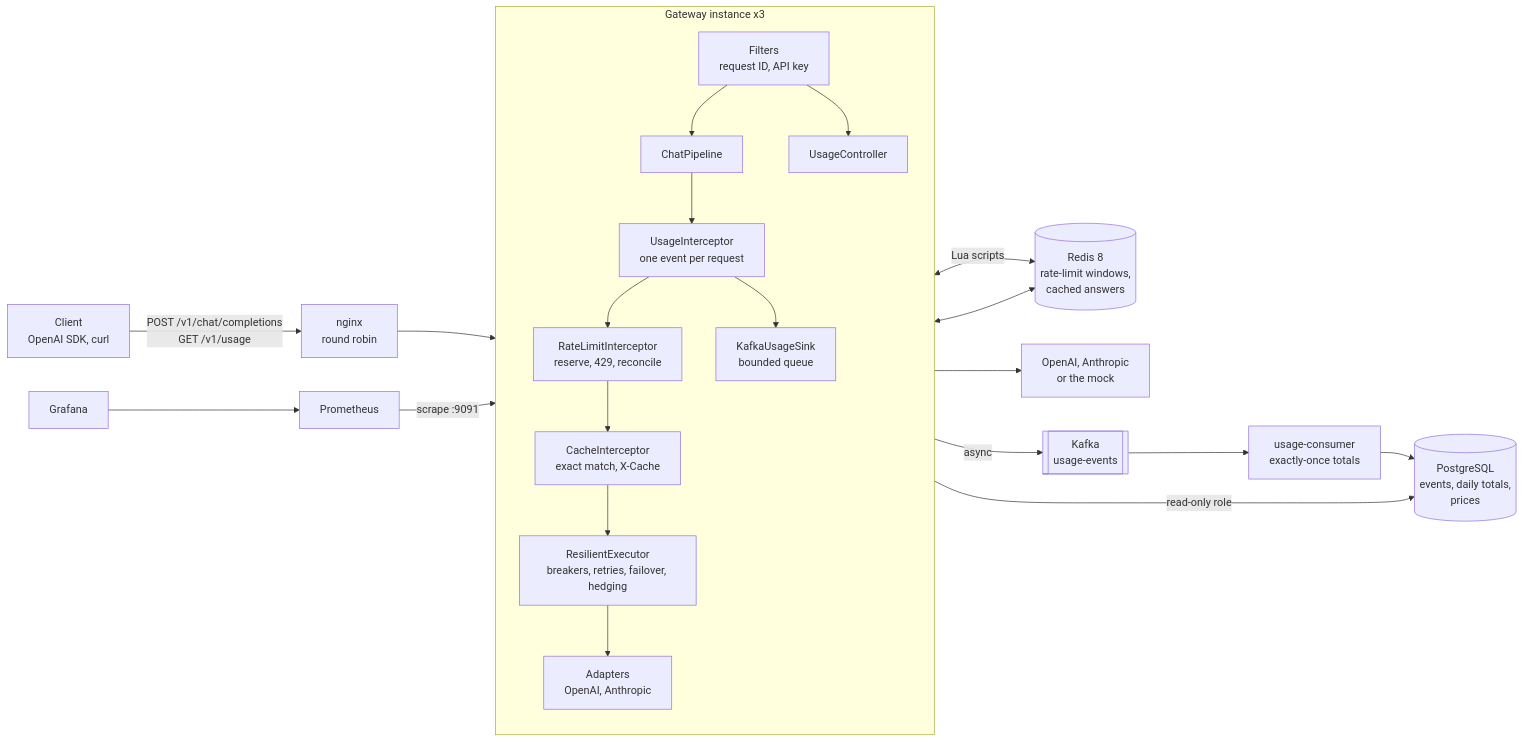
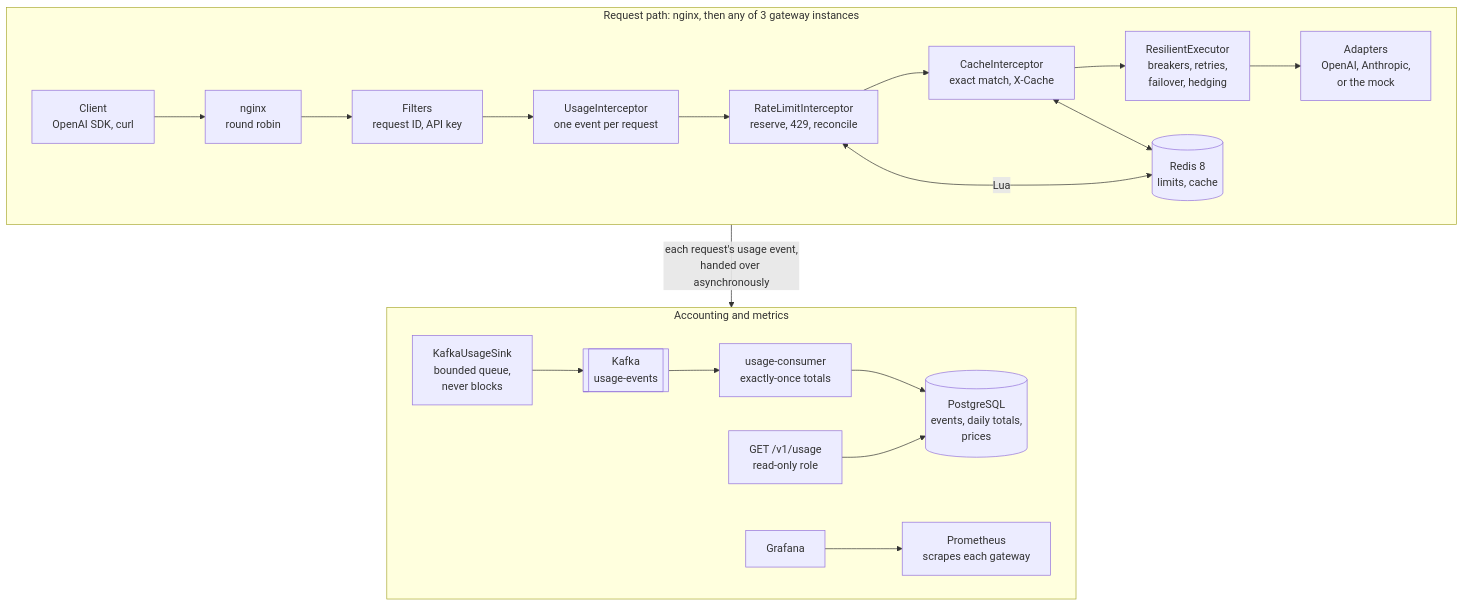
One commit to arsheen2244/llm-gateway changed the diagram in README.md. Above: the diagram before and after it, drawn with Mermaid.

Commit message:
README: architecture as two linked rows, readable on GitHub

````diff
--- a/README.md
+++ b/README.md
@@ -172,27 +172,26 @@
 ```mermaid
-flowchart LR
-    C[Client<br/>OpenAI SDK, curl] -->|POST /v1/chat/completions<br/>GET /v1/usage| N[nginx<br/>round robin]
-    N --> F
-
-    subgraph GW[Gateway instance x3]
-        direction TB
-        F[Filters<br/>request ID, API key] --> P[ChatPipeline]
-        P --> U[UsageInterceptor<br/>one event per request]
+flowchart TB
+    subgraph REQ["Request path: nginx, then any of 3 gateway instances"]
+        direction LR
+        C[Client<br/>OpenAI SDK, curl] --> N[nginx<br/>round robin]
+        N --> F[Filters<br/>request ID, API key]
+        F --> U[UsageInterceptor<br/>one event per request]
         U --> RL[RateLimitInterceptor<br/>reserve, 429, reconcile]
         RL --> CA[CacheInterceptor<br/>exact match, X-Cache]
-        CA --> EX[ResilientExecutor<br/>breakers, retries, failover, hedging]
-        EX --> A[Adapters<br/>OpenAI, Anthropic]
-        U --> Q[KafkaUsageSink<br/>bounded queue]
-        F --> UC[UsageController]
+        CA --> EX[ResilientExecutor<br/>breakers, retries,<br/>failover, hedging]
+        EX --> PR[Adapters<br/>OpenAI, Anthropic,<br/>or the mock]
+        RL <-->|Lua| RD[(Redis 8<br/>limits, cache)]
+        CA <--> RD
     end
 
-    RL <-->|Lua scripts| RD[(Redis 8<br/>rate-limit windows,<br/>cached answers)]
-    CA <--> RD
-    A --> PR[OpenAI, Anthropic<br/>or the mock]
-    Q -->|async| K[[Kafka<br/>usage-events]]
-    K --> CO[usage-consumer<br/>exactly-once totals]
-    CO --> PG[(PostgreSQL<br/>events, daily totals,<br/>prices)]
-    UC -->|read-only role| PG
-    PM[Prometheus] -->|scrape :9091| GW
-    G[Grafana] --> PM
+    subgraph ACC["Accounting and metrics"]
+        direction LR
+        Q[KafkaUsageSink<br/>bounded queue,<br/>never blocks] --> K[[Kafka<br/>usage-events]]
+        K --> CO[usage-consumer<br/>exactly-once totals]
+        CO --> PG[(PostgreSQL<br/>events, daily totals,<br/>prices)]
+        UC[GET /v1/usage<br/>read-only role] --> PG
+        G[Grafana] --> PM[Prometheus<br/>scrapes each gateway]
+    end
+
+    REQ -->|each request's usage event,<br/>handed over asynchronously| ACC
 ```
````
